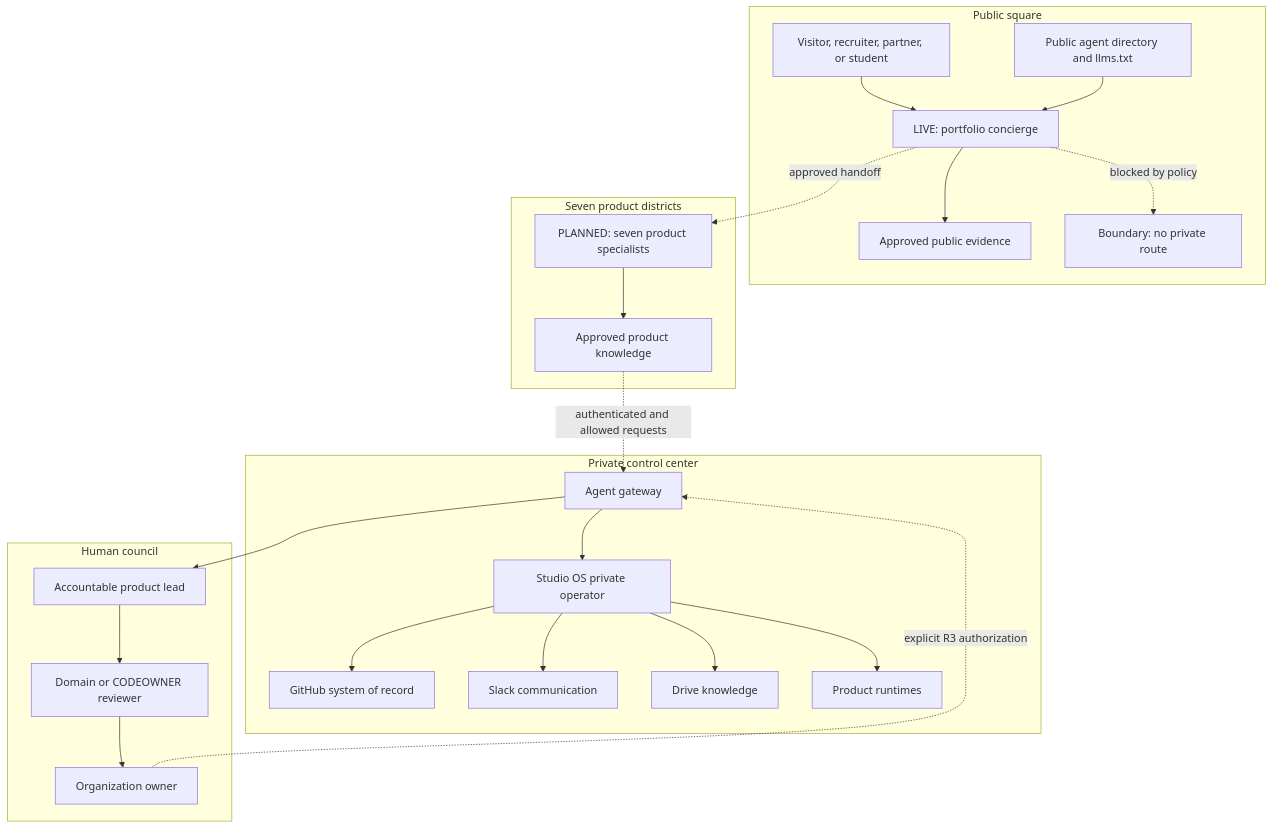
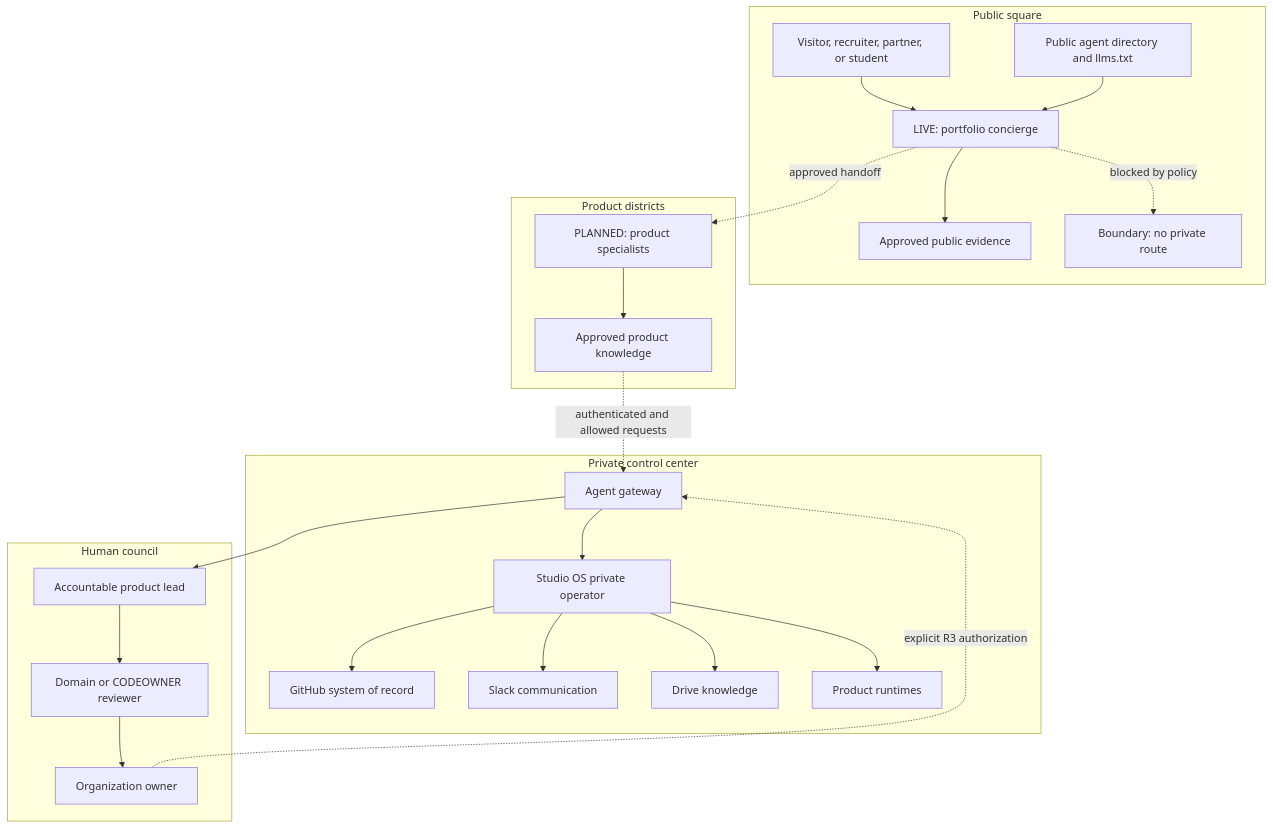
The first of 3 diagrams in docs/AI_CONCIERGE_STANDARD.md (chnai-lab/.github), drawn with Mermaid before and after one commit. The commit also changed other lines of this file and 7 other files, not shown here.

````diff
--- a/docs/AI_CONCIERGE_STANDARD.md
+++ b/docs/AI_CONCIERGE_STANDARD.md
@@ -39,48 +39,48 @@
 ```mermaid
 flowchart TB
     subgraph PublicSquare[Public square]
         Visitor[Visitor, recruiter, partner, or student]
         Portfolio[LIVE: portfolio concierge]
         PublicEvidence[Approved public evidence]
         Directory[Public agent directory and llms.txt]
         NoPrivate[Boundary: no private route]
     end
 
-    subgraph ProductDistricts[Seven product districts]
-        Specialists[PLANNED: seven product specialists]
+    subgraph ProductDistricts[Product districts]
+        Specialists[PLANNED: product specialists]
         ProductEvidence[Approved product knowledge]
     end
 
     subgraph ControlCenter[Private control center]
         Gateway[Agent gateway]
         Studio[Studio OS private operator]
         GitHub[GitHub system of record]
         Slack[Slack communication]
         Drive[Drive knowledge]
         Runtime[Product runtimes]
     end
 
     subgraph HumanCouncil[Human council]
         Owner[Organization owner]
         Lead[Accountable product lead]
         Reviewer[Domain or CODEOWNER reviewer]
     end
 
     Visitor --> Portfolio
     Portfolio --> PublicEvidence
     Directory --> Portfolio
     Portfolio -. approved handoff .-> Specialists
     Specialists --> ProductEvidence
     ProductEvidence -. authenticated and allowed requests .-> Gateway
     Gateway --> Studio
     Studio --> GitHub
     Studio --> Slack
     Studio --> Drive
     Studio --> Runtime
     Gateway --> Lead
     Lead --> Reviewer
     Reviewer --> Owner
     Owner -. explicit R3 authorization .-> Gateway
 
     Portfolio -. blocked by policy .-> NoPrivate
 ```
````
